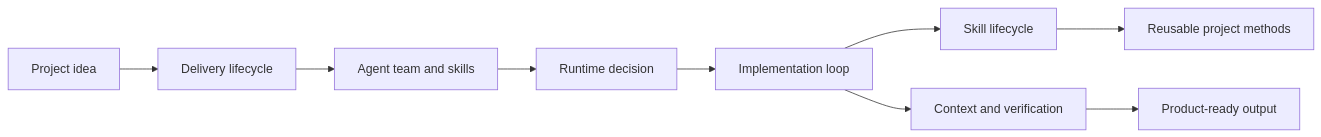
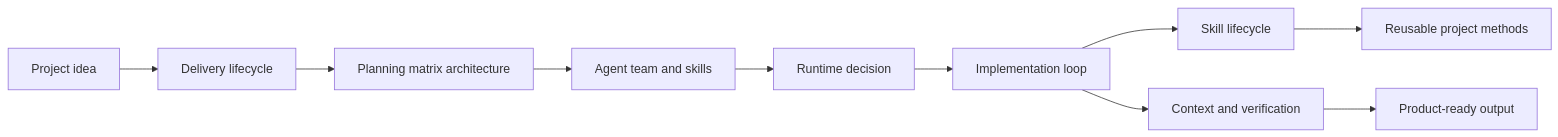
One commit to alexroadcaster/product-agent-os changed the diagram in docs/diagrams/index.en.md. Above: the diagram before and after it, drawn with Mermaid. The commit also changed other lines of this file and 6 other files, not shown here.

Commit message:
Add task-plan architecture links and docs

````diff
--- a/docs/diagrams/index.en.md
+++ b/docs/diagrams/index.en.md
@@ -15,11 +16,12 @@
 ```mermaid
 flowchart LR
     A["Project idea"] --> B["Delivery lifecycle"]
-    B --> C["Agent team and skills"]
+    B --> B1["Planning matrix architecture"]
+    B1 --> C["Agent team and skills"]
     C --> D["Runtime decision"]
     D --> E["Implementation loop"]
     E --> F["Skill lifecycle"]
     E --> G["Context and verification"]
     F --> H["Reusable project methods"]
     G --> I["Product-ready output"]
 ```
````
